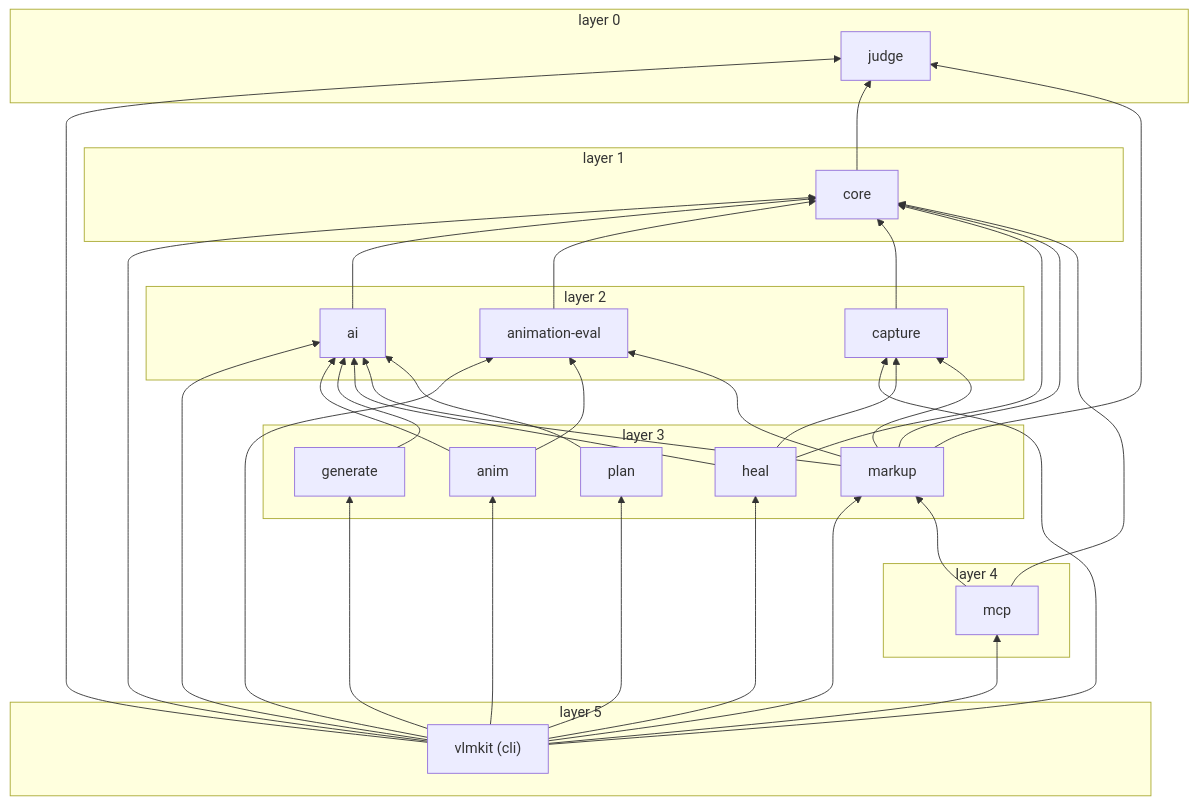
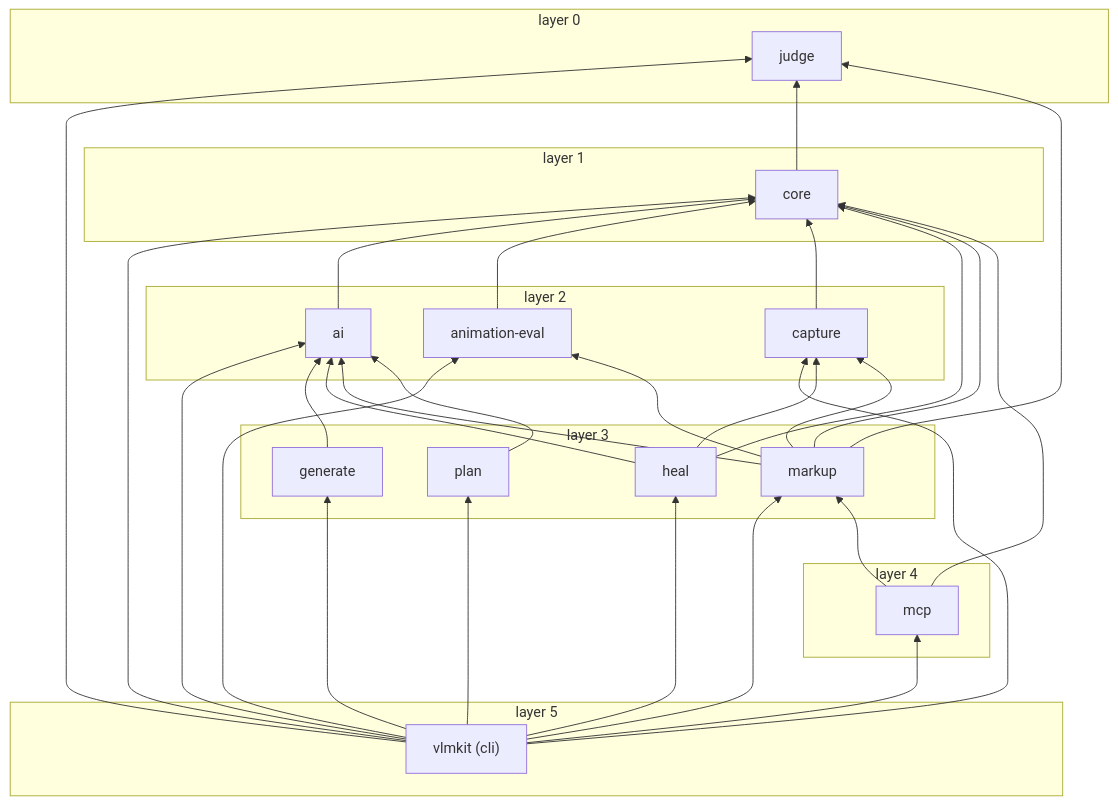
One commit to f4ah6o/vlmkit changed the diagram in README.md. Above: the diagram before and after it, drawn with Mermaid. The commit also changed other lines of this file and 1089 other files, not shown here.

````diff
--- a/README.md
+++ b/README.md
@@ -165,56 +165,52 @@
 ```mermaid
 flowchart BT
   subgraph L0["layer 0"]
-    p8["judge"]
+    p7["judge"]
   end
   subgraph L1["layer 1"]
-    p5["core"]
+    p4["core"]
   end
   subgraph L2["layer 2"]
     p1["ai"]
-    p3["animation-eval"]
-    p4["capture"]
+    p2["animation-eval"]
+    p3["capture"]
   end
   subgraph L3["layer 3"]
-    p2["anim"]
-    p6["generate"]
-    p7["heal"]
-    p9["markup"]
-    p11["plan"]
+    p5["generate"]
+    p6["heal"]
+    p8["markup"]
+    p10["plan"]
   end
   subgraph L4["layer 4"]
-    p10["mcp"]
+    p9["mcp"]
   end
   subgraph L5["layer 5"]
     p0["vlmkit (cli)"]
   end
   p0 --> p1
   p0 --> p2
   p0 --> p3
   p0 --> p4
   p0 --> p5
   p0 --> p6
   p0 --> p7
   p0 --> p8
   p0 --> p9
   p0 --> p10
-  p0 --> p11
-  p1 --> p5
-  p2 --> p1
-  p2 --> p3
-  p3 --> p5
-  p4 --> p5
-  p5 --> p8
+  p1 --> p4
+  p2 --> p4
+  p3 --> p4
+  p4 --> p7
+  p5 --> p1
   p6 --> p1
-  p7 --> p1
-  p7 --> p4
-  p7 --> p5
-  p9 --> p1
-  p9 --> p3
+  p6 --> p3
+  p6 --> p4
+  p8 --> p1
+  p8 --> p2
+  p8 --> p3
+  p8 --> p4
+  p8 --> p7
   p9 --> p4
-  p9 --> p5
   p9 --> p8
-  p10 --> p5
-  p10 --> p9
-  p11 --> p1
+  p10 --> p1
 ```
````
